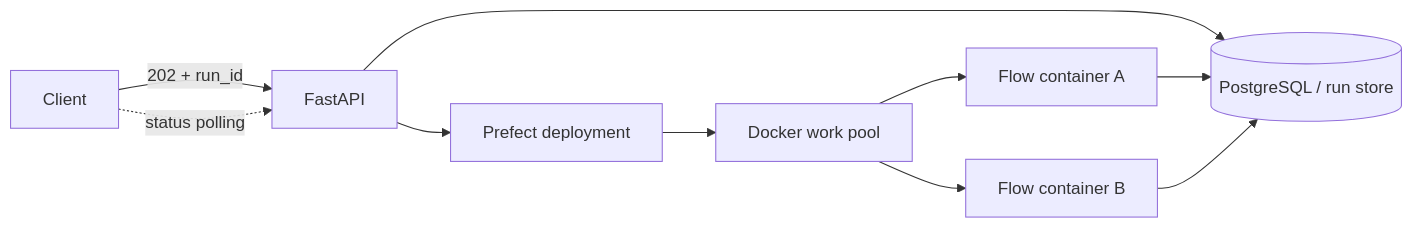
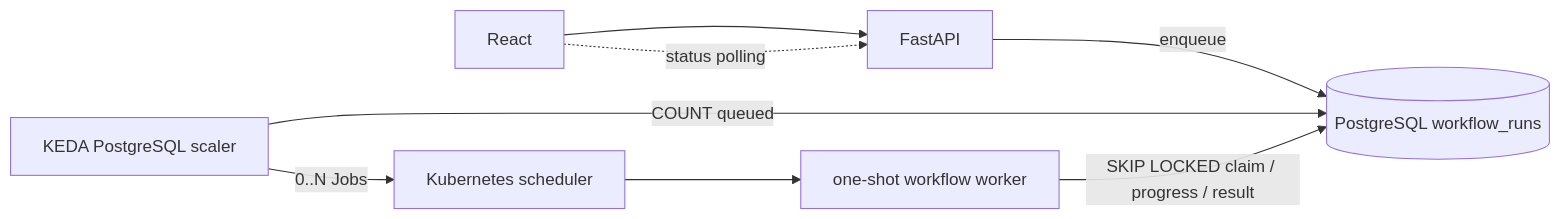
The diagram in docs/batch_execution_architecture.md (bist-mini-final/bist-mini-final), drawn with Mermaid before and after one commit. The commit also changed other lines of this file and 59 other files, not shown here.

Commit message:
refactor: migrate workflow orchestration from Prefect to custom Kubernetes-based worker system

````diff
--- a/docs/batch_execution_architecture.md
+++ b/docs/batch_execution_architecture.md
@@ -8,12 +7,10 @@
 ```mermaid
 flowchart LR
-    Client -->|202 + run_id| API[FastAPI]
-    API --> Store[(PostgreSQL / run store)]
-    API --> Prefect[Prefect deployment]
-    Prefect --> Pool[Docker work pool]
-    Pool --> W1[Flow container A]
-    Pool --> W2[Flow container B]
-    W1 --> Store
-    W2 --> Store
-    Client -. status polling .-> API
+    UI[React] --> API[FastAPI]
+    API -->|enqueue| DB[(PostgreSQL workflow_runs)]
+    KEDA[KEDA PostgreSQL scaler] -->|COUNT queued| DB
+    KEDA -->|0..N Jobs| K8S[Kubernetes scheduler]
+    K8S --> POD[one-shot workflow worker]
+    POD -->|SKIP LOCKED claim / progress / result| DB
+    UI -.->|status polling| API
 ```
````
